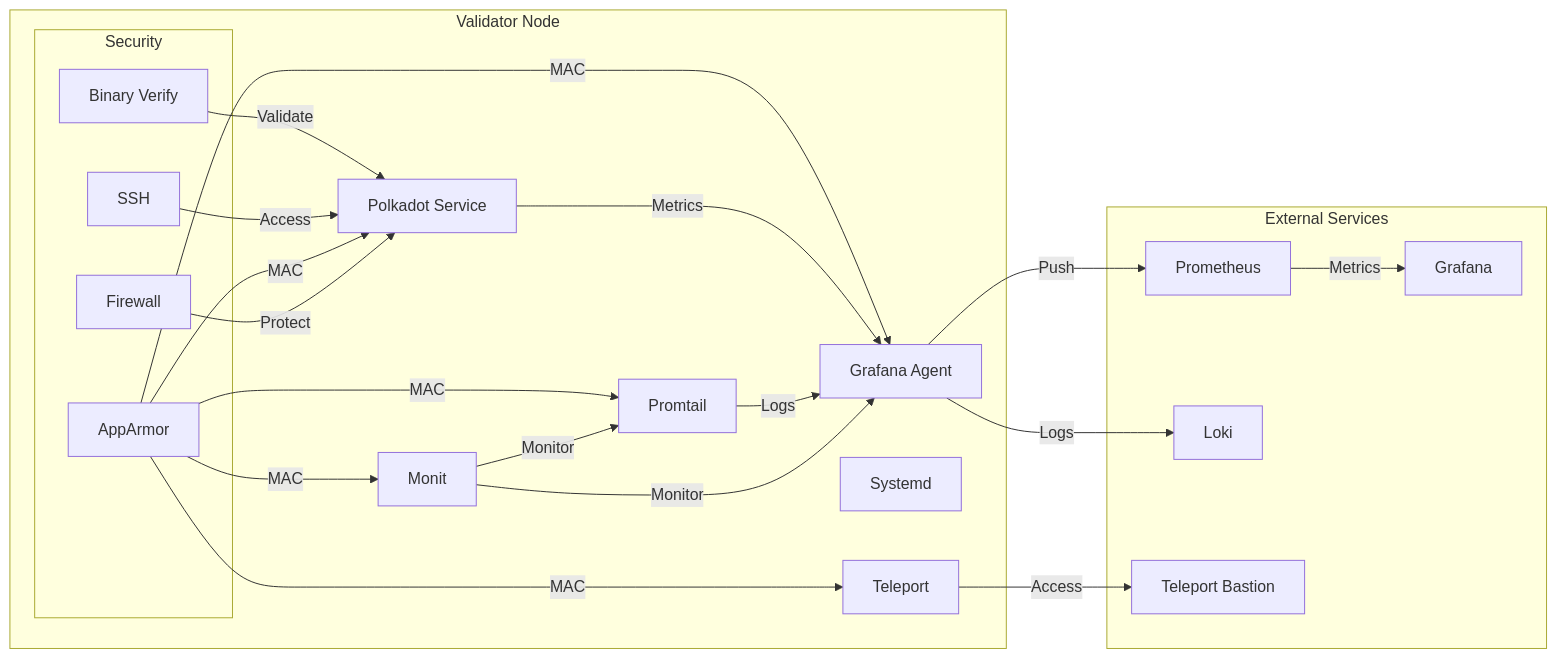
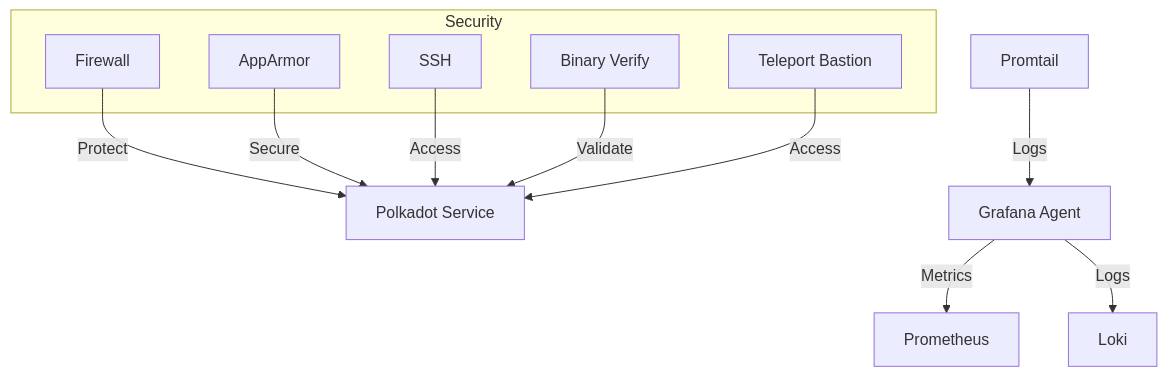
The first of 4 diagrams in roles/polkadot/README.md (pampatzoglou/provision-validators), drawn with Mermaid before and after one commit. The commit also changed other lines of this file and 2 other files, not shown here.

````diff
--- a/roles/polkadot/README.md
+++ b/roles/polkadot/README.md
@@ -45,40 +7,21 @@
 ```mermaid
-graph LR
-    subgraph Validator Node
-        A[Polkadot Service]
-        B[Grafana Agent]
-        C[Promtail]
-        D[Monit] --> |Monitor| B
-        D --> |Monitor| C
-        E[Systemd]
-        T[Teleport]
-        
-        subgraph Security
-            F[Firewall]
-            G[AppArmor]
-            H[SSH]
-            I[Binary Verify]
-        end
+graph TD
+    A[Polkadot Service]
+    B[Grafana Agent] --> |Metrics| C[Prometheus]
+    D[Promtail] --> |Logs| B
+    B --> |Logs| E[Loki]
+    
+    subgraph Security
+        F[Firewall]
+        G[AppArmor]
+        H[SSH]
+        I[Binary Verify]
+        J[Teleport Bastion]
     end
 
-    subgraph External Services
-        J[Prometheus] --> |Metrics| K[Grafana]
-        C --> |Logs| B
-        B --> |Logs| L[Loki]
-        M[Teleport Bastion]
-    end
-
-    A --> |Metrics| B
-    B --> |Push| J
-
-    T --> |Access| M
-
     F --> |Protect| A
-    G --> |MAC| A
-    G --> |MAC| B
-    G --> |MAC| C
-    G --> |MAC| D
-    G --> |MAC| T
+    G --> |Secure| A
     H --> |Access| A
     I --> |Validate| A
+    J --> |Access| A
 ```
````
